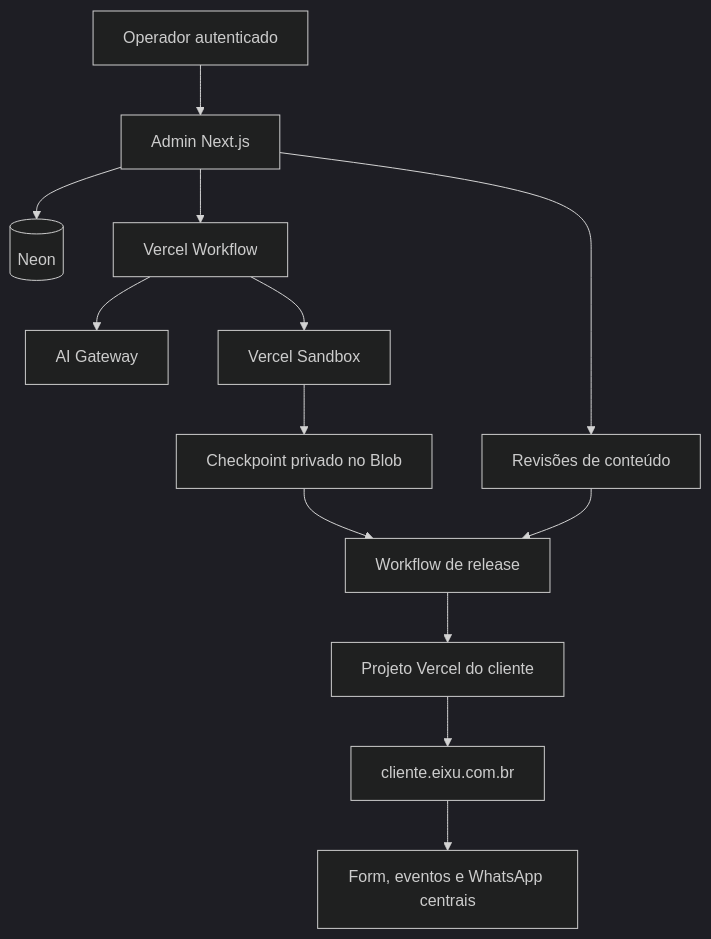
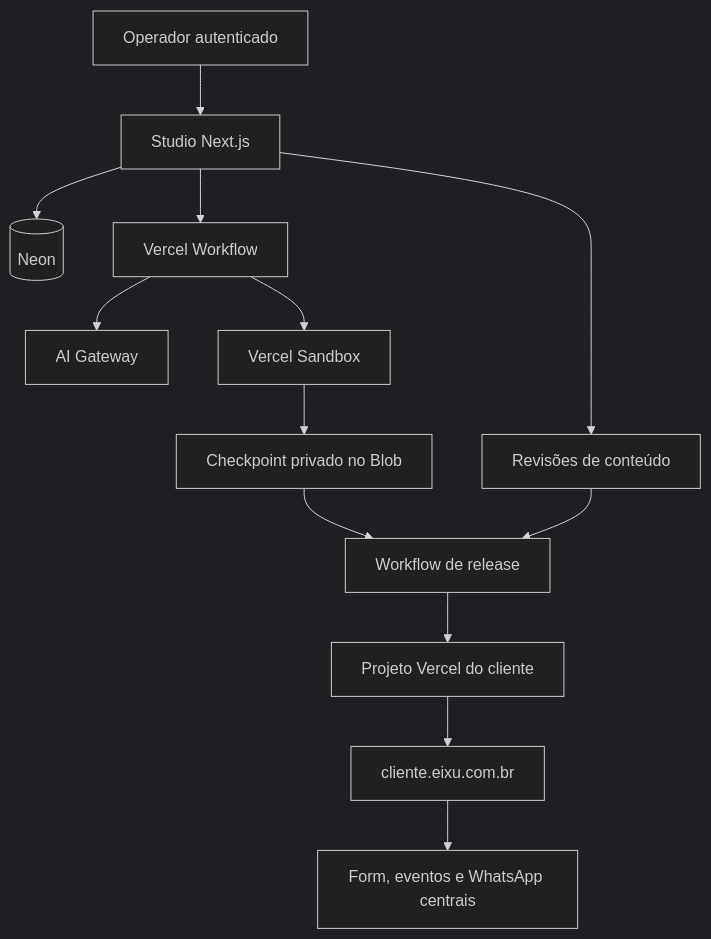
The diagram in docs/architecture.md (baltazarparra/eixu), drawn with Mermaid (dark theme) before and after one commit. The commit also changed other lines of this file and 57 other files, not shown here.

````diff
--- a/docs/architecture.md
+++ b/docs/architecture.md
@@ -7,15 +7,15 @@
 ```mermaid
 flowchart TD
-  U[Operador autenticado] --> A[Admin Next.js]
+  U[Operador autenticado] --> A[Studio Next.js]
   A --> DB[(Neon)]
   A --> WF[Vercel Workflow]
   WF --> GW[AI Gateway]
   WF --> SB[Vercel Sandbox]
   SB --> CP[Checkpoint privado no Blob]
   A --> CMS[Revisões de conteúdo]
   CP --> REL[Workflow de release]
   CMS --> REL
   REL --> VP[Projeto Vercel do cliente]
   VP --> HOST[cliente.eixu.com.br]
   HOST --> API[Form, eventos e WhatsApp centrais]
 ```
````
